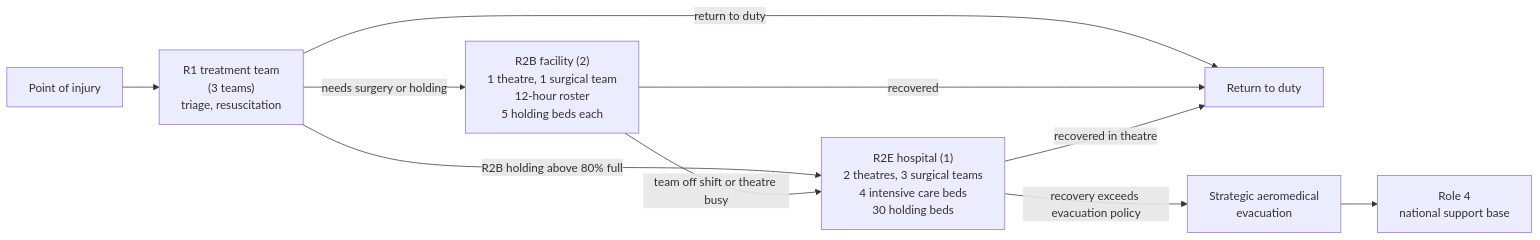
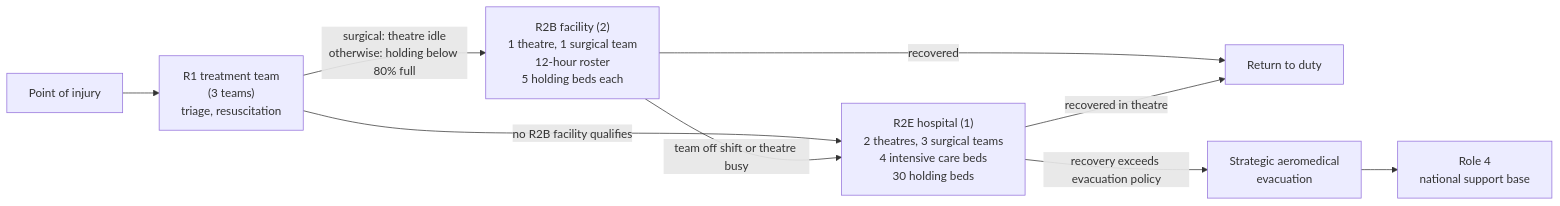
One commit to natosys/Battlefield-Casualty-Handling changed the diagram in docs/Planning_Implications.md. Above: the diagram before and after it, drawn with Mermaid. The commit also changed 35 other files, not shown here.

First line of the commit message:
wip(issue-566): console, Annex A admission rows, README and diagrams, references

````diff
--- a/docs/Planning_Implications.md
+++ b/docs/Planning_Implications.md
@@ -79,12 +79,11 @@
 ```mermaid
 flowchart LR
   POI["Point of injury"] --> R1["R1 treatment team<br/>(3 teams)<br/>triage, resuscitation"]
-  R1 -->|"return to duty"| RTD["Return to duty"]
-  R1 -->|"needs surgery or holding"| R2B["R2B facility (2)<br/>1 theatre, 1 surgical team<br/>12-hour roster<br/>5 holding beds each"]
-  R1 -->|"R2B holding above 80% full"| R2E
+  R1 -->|"surgical: theatre idle<br/>otherwise: holding below 80% full"| R2B["R2B facility (2)<br/>1 theatre, 1 surgical team<br/>12-hour roster<br/>5 holding beds each"]
+  R1 -->|"no R2B facility qualifies"| R2E
   R2B -->|"team off shift or theatre busy"| R2E["R2E hospital (1)<br/>2 theatres, 3 surgical teams<br/>4 intensive care beds<br/>30 holding beds"]
-  R2B -->|"recovered"| RTD
+  R2B -->|"recovered"| RTD["Return to duty"]
   R2E -->|"recovered in theatre"| RTD
   R2E -->|"recovery exceeds evacuation policy"| AME["Strategic aeromedical<br/>evacuation"]
   AME --> R4["Role 4<br/>national support base"]
 ```
````
